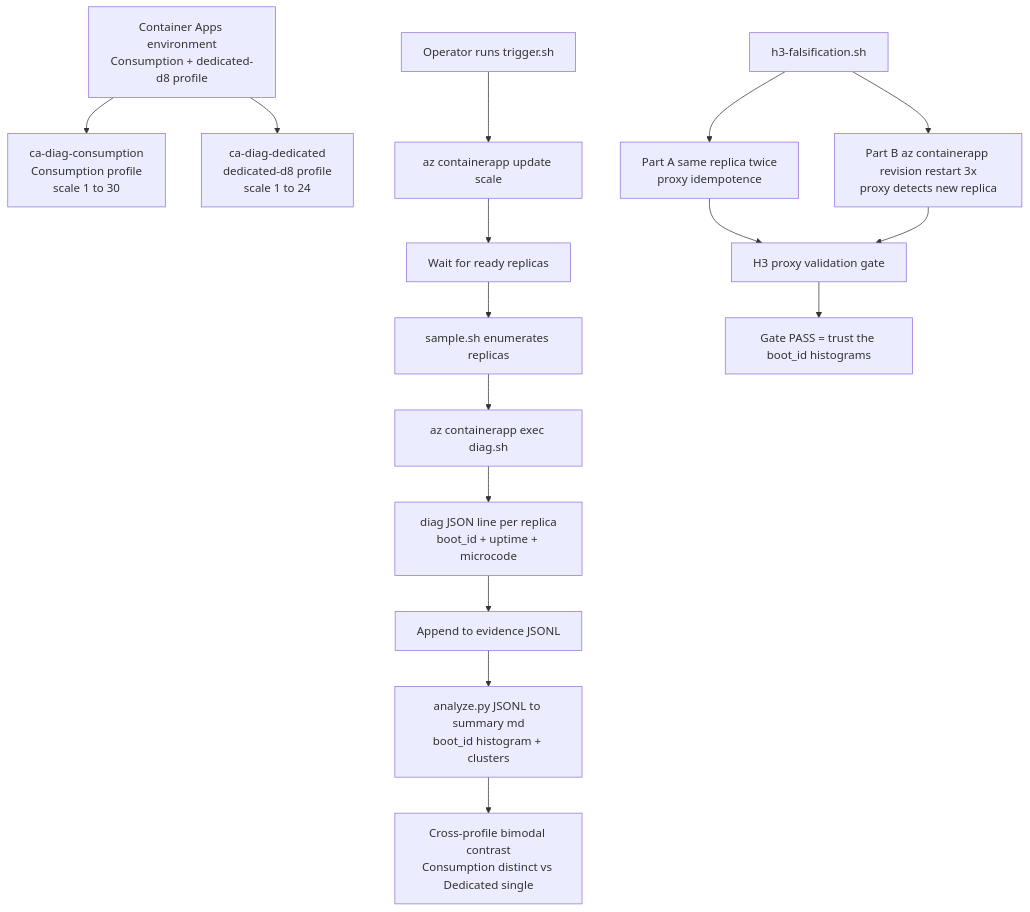
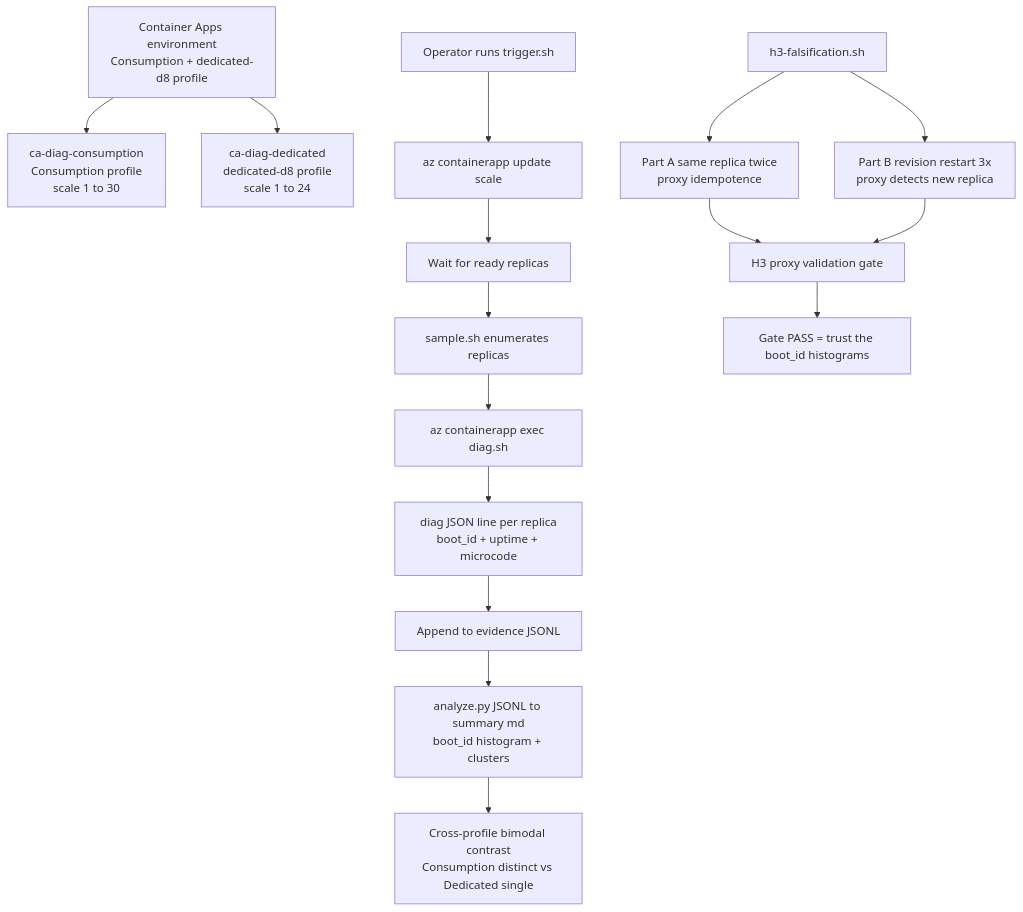
Before and after one commit to yeongseon/azure-container-apps-practical-guide: the diagram in docs/troubleshooting/lab-guides/replica-node-spread.md, drawn with Mermaid.

Commit message:
fix(labs): avoid ' az ' substring in mermaid label to satisfy CLI-table gate (#202)
scripts/validate_doc_quality.py treats any code fence whose body contains a
whitespace-prefixed 'az ' substring as an Azure CLI block and demands a
nearby command-explanation table. The mermaid diagram's H3b node label
'Part B az containerapp revision restart 3x' triggered the rule because
' az ' is space-prefixed inside the mermaid body.

The other 'az' occurrences in the same block ('[az containerapp update scale]',
'[az containerapp exec diag.sh]') are bracket-prefixed and do not match the
regex (^|\s)az\s+, so only this one node label needed rewording.

Rewrite to 'Part B revision restart 3x'; conveys the same operator action
without the offending substring. The actual 'az containerapp revision
restart' invocation is fully documented in the prose and runbook tables
above and below the diagram.

````diff
--- a/docs/troubleshooting/lab-guides/replica-node-spread.md
+++ b/docs/troubleshooting/lab-guides/replica-node-spread.md
@@ -65,18 +65,18 @@
 ```mermaid
 flowchart TD
     A[Container Apps environment<br/>Consumption + dedicated-d8 profile] --> B[ca-diag-consumption<br/>Consumption profile<br/>scale 1 to 30]
     A --> C[ca-diag-dedicated<br/>dedicated-d8 profile<br/>scale 1 to 24]
     D[Operator runs trigger.sh] --> E[az containerapp update scale]
     E --> F[Wait for ready replicas]
     F --> G[sample.sh enumerates replicas]
     G --> H[az containerapp exec diag.sh]
     H --> I[diag JSON line per replica<br/>boot_id + uptime + microcode]
     I --> J[Append to evidence JSONL]
     J --> K[analyze.py JSONL to summary md<br/>boot_id histogram + clusters]
     L[h3-falsification.sh] --> M[Part A same replica twice<br/>proxy idempotence]
-    L --> N[Part B az containerapp revision restart 3x<br/>proxy detects new replica]
+    L --> N[Part B revision restart 3x<br/>proxy detects new replica]
     M --> O[H3 proxy validation gate]
     N --> O
     O --> P[Gate PASS = trust the boot_id histograms]
     K --> Q[Cross-profile bimodal contrast<br/>Consumption distinct vs Dedicated single]
 ```
````
